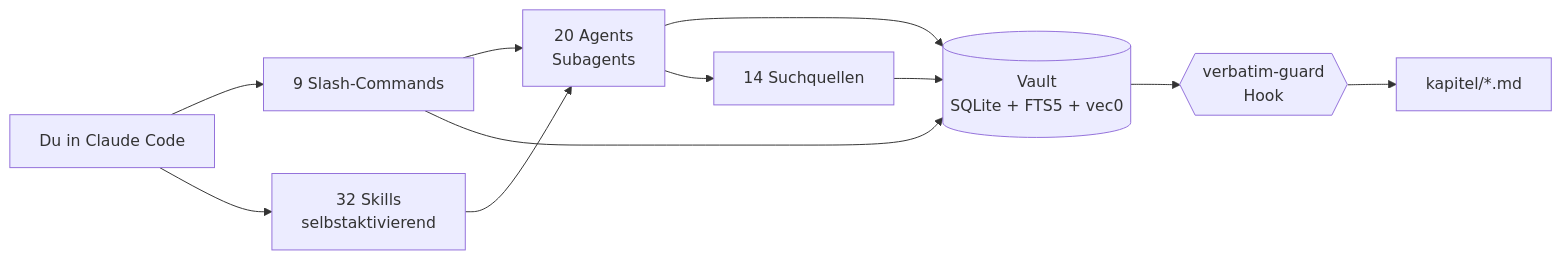
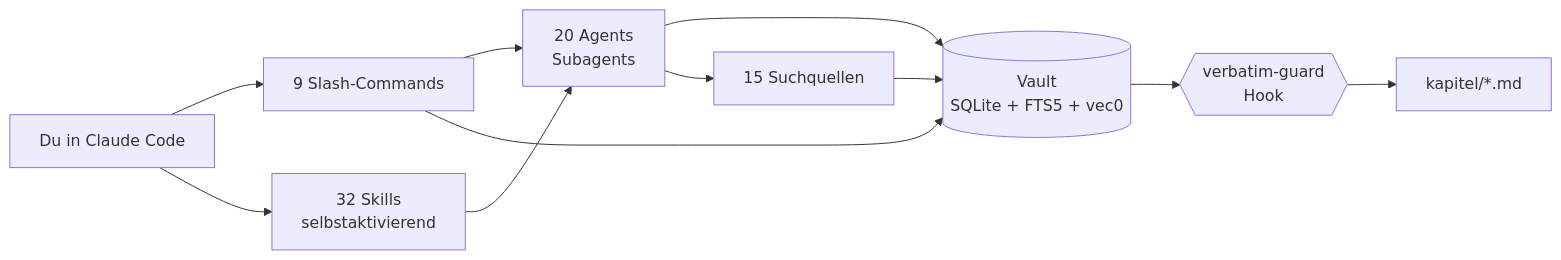
One commit to ahlerjam/academic-research changed the diagram in README.md. Above: the diagram before and after it, drawn with Mermaid. The commit also changed other lines of this file and 6 other files, not shown here.

````diff
--- a/README.md
+++ b/README.md
@@ -76,13 +76,13 @@
 ```mermaid
 graph LR
     U[Du in Claude Code] --> C[9 Slash-Commands]
     U --> S[32 Skills<br/>selbstaktivierend]
     C --> A[20 Agents<br/>Subagents]
     S --> A
     A --> V[(Vault<br/>SQLite + FTS5 + vec0)]
     C --> V
-    A --> Q[14 Suchquellen]
+    A --> Q[15 Suchquellen]
     Q --> V
     V --> H{{verbatim-guard<br/>Hook}}
     H --> K[kapitel/*.md]
 ```
````
